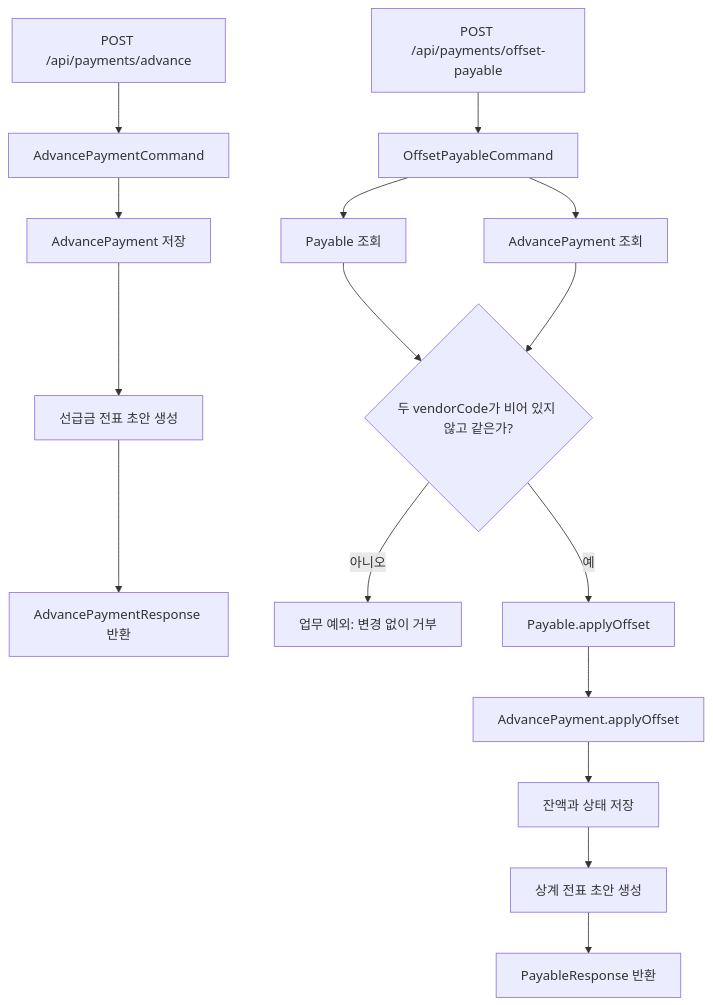
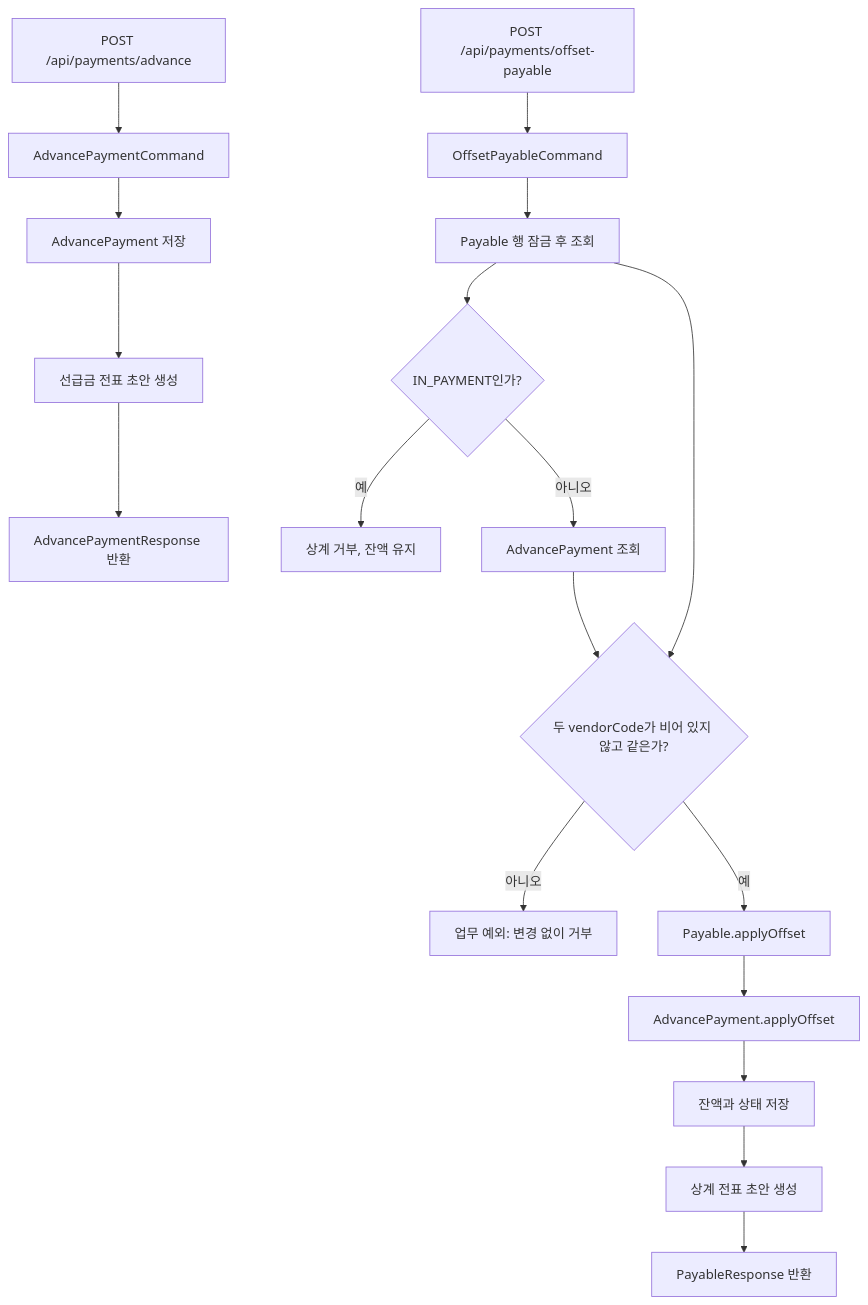
Before and after one commit to skyg547/account: the third of 3 diagrams in payable/docs/process-flow.md, drawn with Mermaid. The commit also changed other lines of this file and 6 other files, not shown here.

Commit message:
GH-830: serialize payable offsets with payment claims

````diff
--- a/payable/docs/process-flow.md
+++ b/payable/docs/process-flow.md
@@ -96,19 +96,21 @@
 ```mermaid
 flowchart TD
     A[POST /api/payments/advance] --> B[AdvancePaymentCommand]
     B --> C[AdvancePayment 저장]
     C --> D[선급금 전표 초안 생성]
     D --> E[AdvancePaymentResponse 반환]
 
     F[POST /api/payments/offset-payable] --> G[OffsetPayableCommand]
-    G --> H[Payable 조회]
-    G --> I[AdvancePayment 조회]
+    G --> H[Payable 행 잠금 후 조회]
+    H --> H1{IN_PAYMENT인가?}
+    H1 -->|예| H2[상계 거부, 잔액 유지]
+    H1 -->|아니오| I[AdvancePayment 조회]
     H --> J{두 vendorCode가 비어 있지 않고 같은가?}
     I --> J
     J -->|아니오| X[업무 예외: 변경 없이 거부]
     J -->|예| K[Payable.applyOffset]
     K --> L[AdvancePayment.applyOffset]
     L --> M[잔액과 상태 저장]
     M --> N[상계 전표 초안 생성]
     N --> O[PayableResponse 반환]
 ```
````
